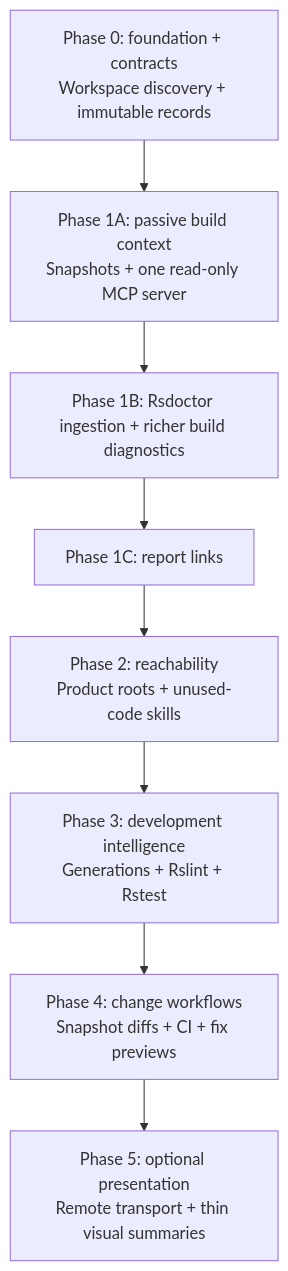
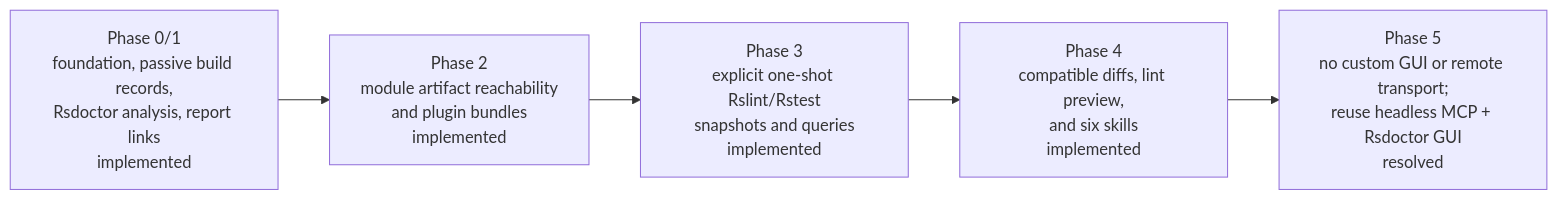
One commit to rstackjs/rstack-cli changed the seventh of 7 diagrams in docs/rfcs/0001-rstack-context-engine.md. Above: the diagram before and after it, drawn with Mermaid. The commit also changed other lines of this file, not shown here.

Commit message:
docs: align context engine RFC

````diff
--- a/docs/rfcs/0001-rstack-context-engine.md
+++ b/docs/rfcs/0001-rstack-context-engine.md
@@ -1057,13 +480,10 @@
 ```mermaid
-flowchart TB
-  P0["Phase 0: foundation + contracts<br/>Workspace discovery + immutable records"]
-  P1A["Phase 1A: passive build context<br/>Snapshots + one read-only MCP server"]
-  P1B["Phase 1B: Rsdoctor ingestion + richer build diagnostics"]
-  P1C["Phase 1C: report links"]
-  P2["Phase 2: reachability<br/>Product roots + unused-code skills"]
-  P3["Phase 3: development intelligence<br/>Generations + Rslint + Rstest"]
-  P4["Phase 4: change workflows<br/>Snapshot diffs + CI + fix previews"]
-  P5["Phase 5: optional presentation<br/>Remote transport + thin visual summaries"]
+flowchart LR
+  P01["Phase 0/1<br/>foundation, passive build records,<br/>Rsdoctor analysis, report links<br/>implemented"]
+  P2["Phase 2<br/>module artifact reachability<br/>and plugin bundles<br/>implemented"]
+  P3["Phase 3<br/>explicit one-shot Rslint/Rstest<br/>snapshots and queries<br/>implemented"]
+  P4["Phase 4<br/>compatible diffs, lint preview,<br/>and six skills<br/>implemented"]
+  P5["Phase 5<br/>no custom GUI or remote transport;<br/>reuse headless MCP + Rsdoctor GUI<br/>resolved"]
 
-  P0 --> P1A --> P1B --> P1C --> P2 --> P3 --> P4 --> P5
+  P01 --> P2 --> P3 --> P4 --> P5
 ```
````
